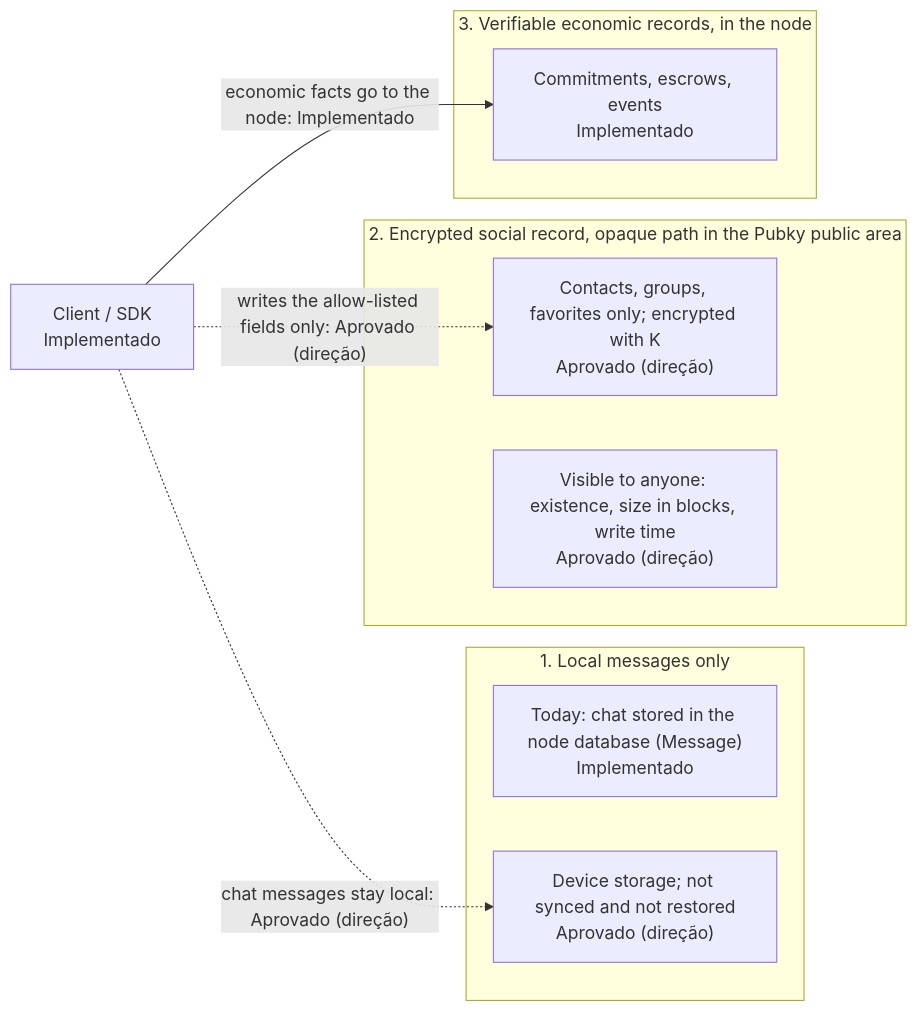
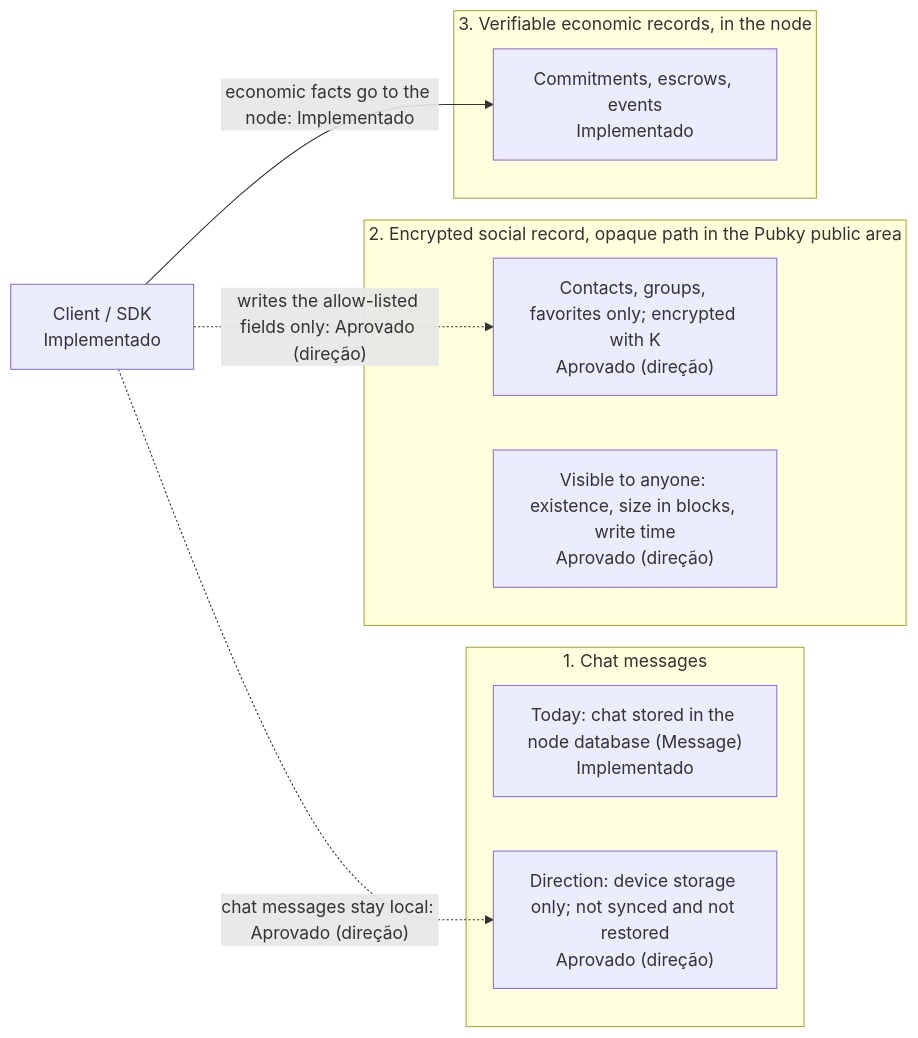
One commit to sails-protocol/Sails-Protocol changed the sixth of 6 diagrams in docs/SYSTEM_DESIGN.md. Above: the diagram before and after it, drawn with Mermaid.

Commit message:
docs: Diagrama 4: subgrafo de mensagens sem sugerir que o chat já é local

````diff
--- a/docs/SYSTEM_DESIGN.md
+++ b/docs/SYSTEM_DESIGN.md
@@ -729,18 +729,18 @@
 ```mermaid
 flowchart LR
-  subgraph M["1. Local messages only"]
+  subgraph M["1. Chat messages"]
     M0["Today: chat stored in the node database (Message)<br/>Implementado"]
-    M1["Device storage; not synced and not restored<br/>Aprovado (direção)"]
+    M1["Direction: device storage only; not synced and not restored<br/>Aprovado (direção)"]
   end
   subgraph S["2. Encrypted social record, opaque path in the Pubky public area"]
     S1["Contacts, groups, favorites only; encrypted with K<br/>Aprovado (direção)"]
     S2["Visible to anyone: existence, size in blocks, write time<br/>Aprovado (direção)"]
   end
   subgraph E["3. Verifiable economic records, in the node"]
     E1["Commitments, escrows, events<br/>Implementado"]
   end
   APP["Client / SDK<br/>Implementado"]
   APP -.->|"chat messages stay local: Aprovado (direção)"| M1
   APP -.->|"writes the allow-listed fields only: Aprovado (direção)"| S1
   APP -->|"economic facts go to the node: Implementado"| E1
 ```
````
